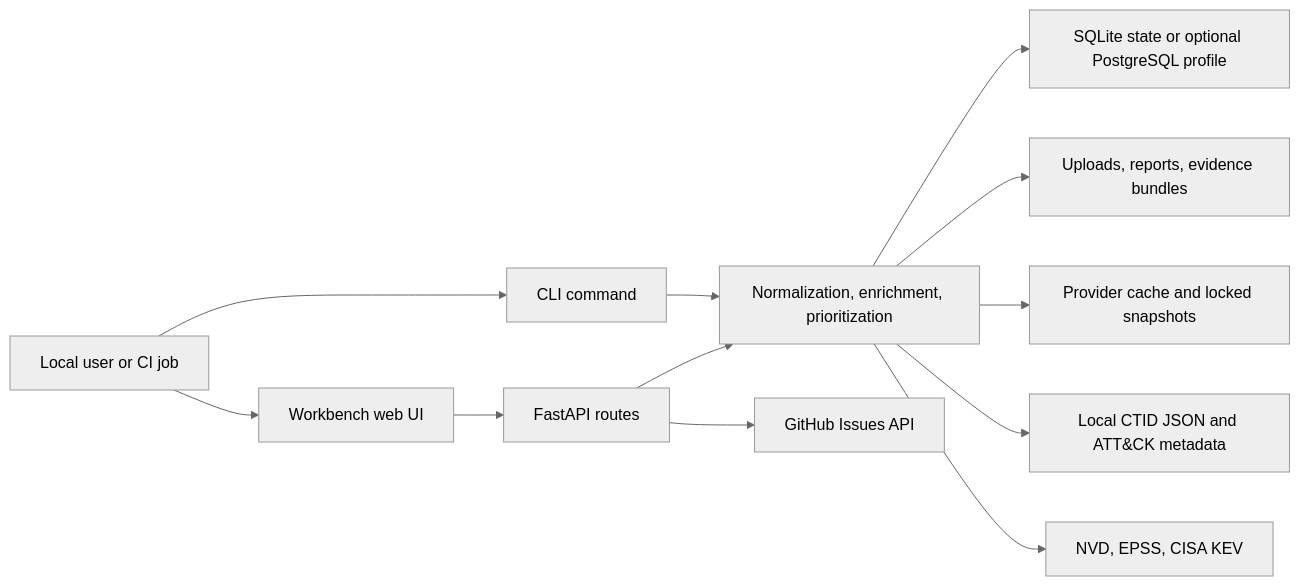
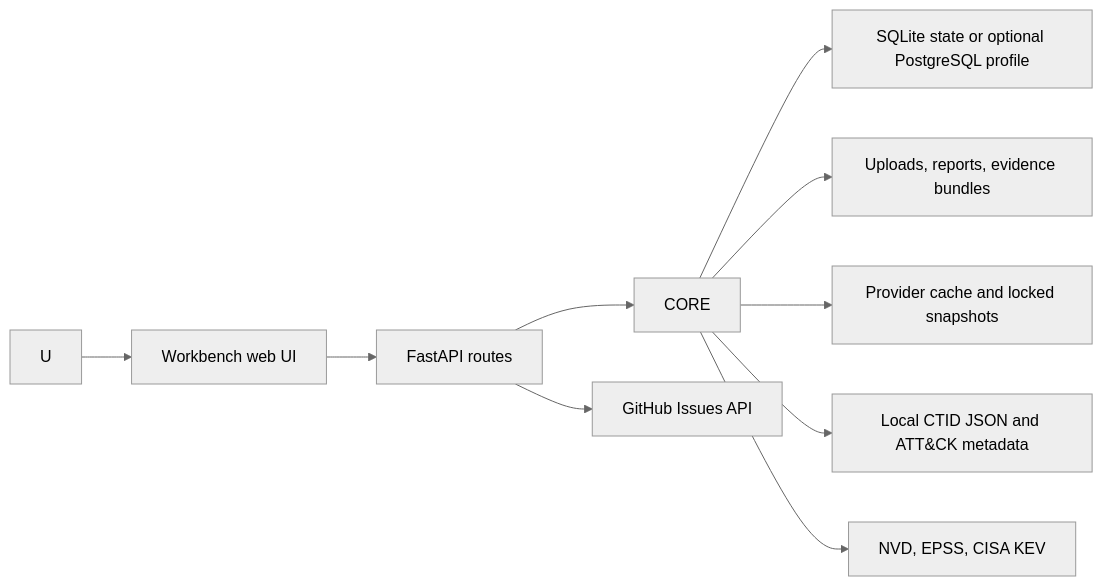
The diagram in docs/workbench-threat-model.md (Noetheon/vuln-prioritizer-workbench), drawn with Mermaid (neutral theme) before and after one commit. The commit also changed other lines of this file and 550 other files, not shown here.

First line of the commit message:
Reset Workbench to local single-user runtime

````diff
--- a/docs/workbench-threat-model.md
+++ b/docs/workbench-threat-model.md
@@ -53,14 +53,12 @@
 ```mermaid
 flowchart LR
-  U["Local user or CI job"] --> CLI["CLI command"]
   U --> WEB["Workbench web UI"]
   WEB --> API["FastAPI routes"]
-  CLI --> CORE["Normalization, enrichment, prioritization"]
   API --> CORE
   CORE --> DB["SQLite state or optional PostgreSQL profile"]
   CORE --> FS["Uploads, reports, evidence bundles"]
   CORE --> CACHE["Provider cache and locked snapshots"]
   CORE --> ATK["Local CTID JSON and ATT&CK metadata"]
   CORE --> LIVE["NVD, EPSS, CISA KEV"]
   API --> TICKETS["GitHub Issues API"]
 ```
````
